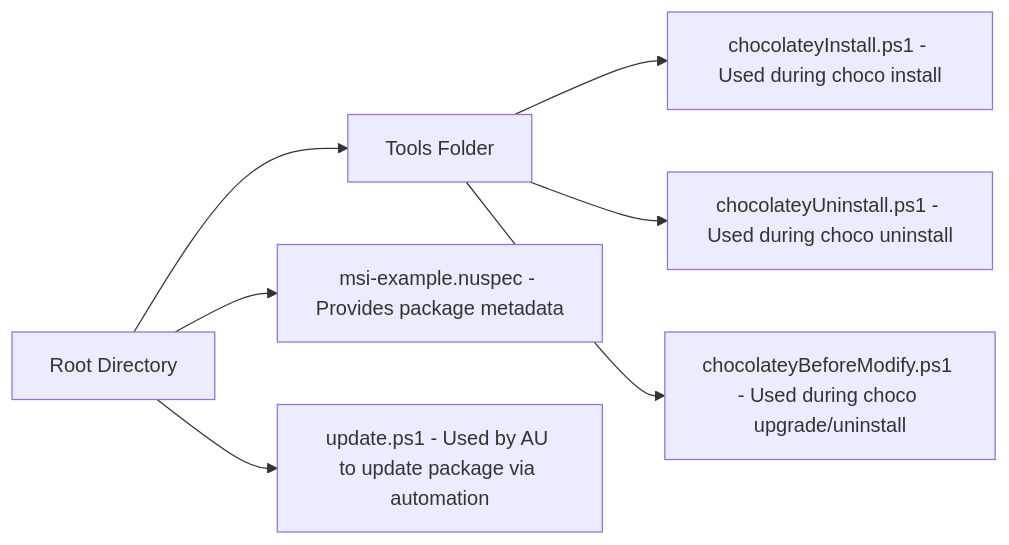
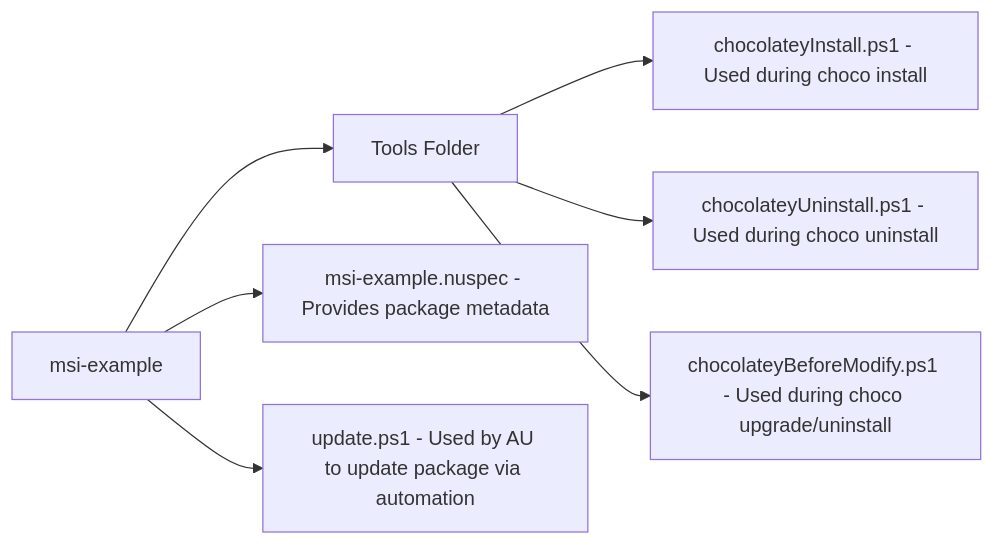
Before and after one commit to steviecoaster/chocolatey-msi-example: the diagram in README.md, drawn with Mermaid. The commit also changed other lines of this file, not shown here.

````diff
--- a/README.md
+++ b/README.md
@@ -9,10 +9,10 @@
 ```mermaid
 graph LR;
-    root[Root Directory] --> tools[Tools Folder];
+    root[ msi-example] --> tools[Tools Folder];
     tools --> installfile[chocolateyInstall.ps1 - Used during choco install];
     tools --> uninstallfile[chocolateyUninstall.ps1 - Used during choco uninstall];
     tools --> upgradefile[chocolateyBeforeModify.ps1 - Used during choco upgrade/uninstall];
 
     root --> nuspecfile[msi-example.nuspec - Provides package metadata];
     root --> aufile[update.ps1 - Used by AU to update package via automation];
 ```
````
